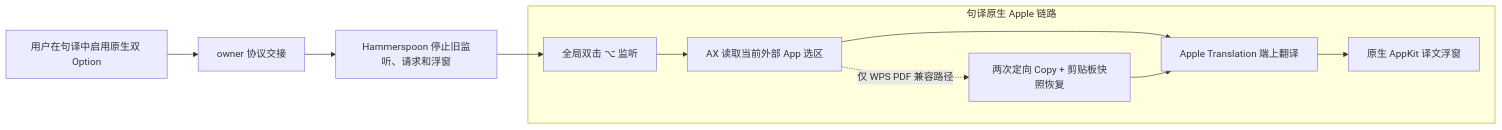
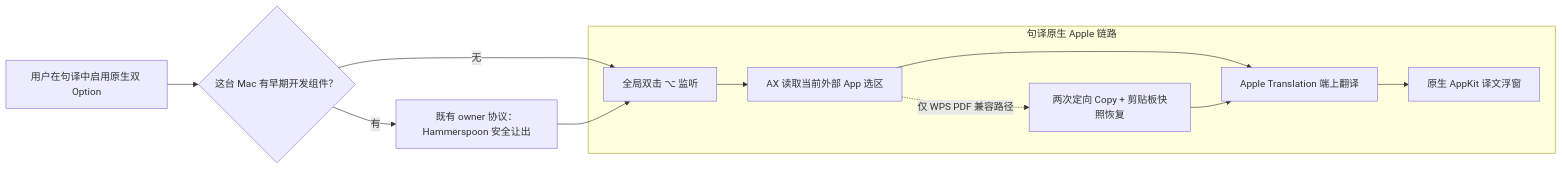
The diagram in README.md (Eim-aa/juyi), drawn with Mermaid before and after one commit. The commit also changed other lines of this file and 17 other files, not shown here.

````diff
--- a/README.md
+++ b/README.md
@@ -172,14 +172,15 @@
 ```mermaid
 flowchart LR
-    U["用户在句译中启用原生双 Option"] --> O["owner 协议交接"]
-    O --> H["Hammerspoon 停止旧监听、请求和浮窗"]
+    U["用户在句译中启用原生双 Option"] --> O{"这台 Mac 有早期开发组件？"}
+    O -->|无| N1
+    O -->|有| H["既有 owner 协议：Hammerspoon 安全让出"]
 
     subgraph APP["句译原生 Apple 链路"]
         N1["全局双击 ⌥ 监听"] --> N2["AX 读取当前外部 App 选区"]
         N2 -.仅 WPS PDF 兼容路径.-> N3["两次定向 Copy + 剪贴板快照恢复"]
         N2 & N3 --> N4["Apple Translation 端上翻译"]
         N4 --> N5["原生 AppKit 译文浮窗"]
     end
 
     H --> N1
 ```
````
